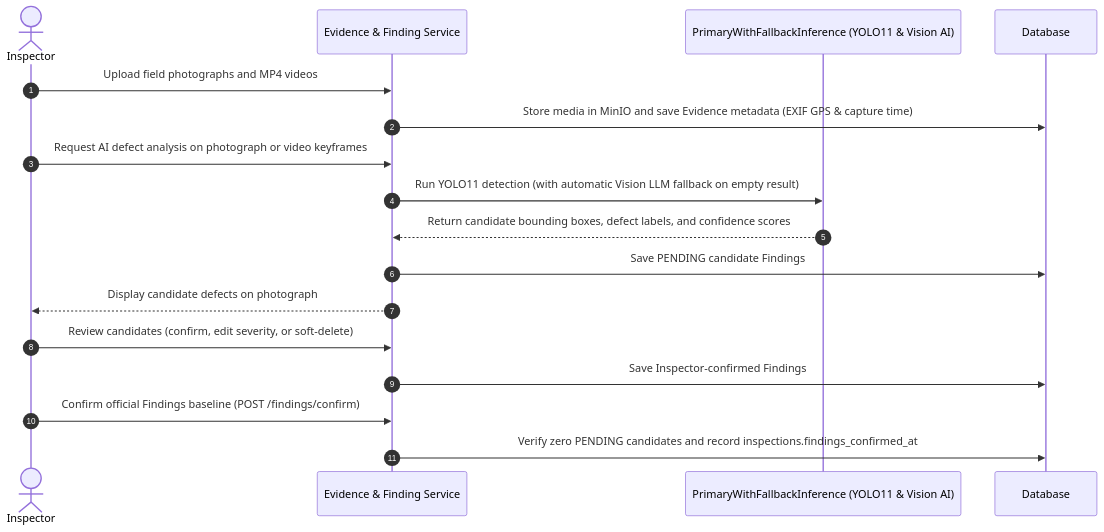
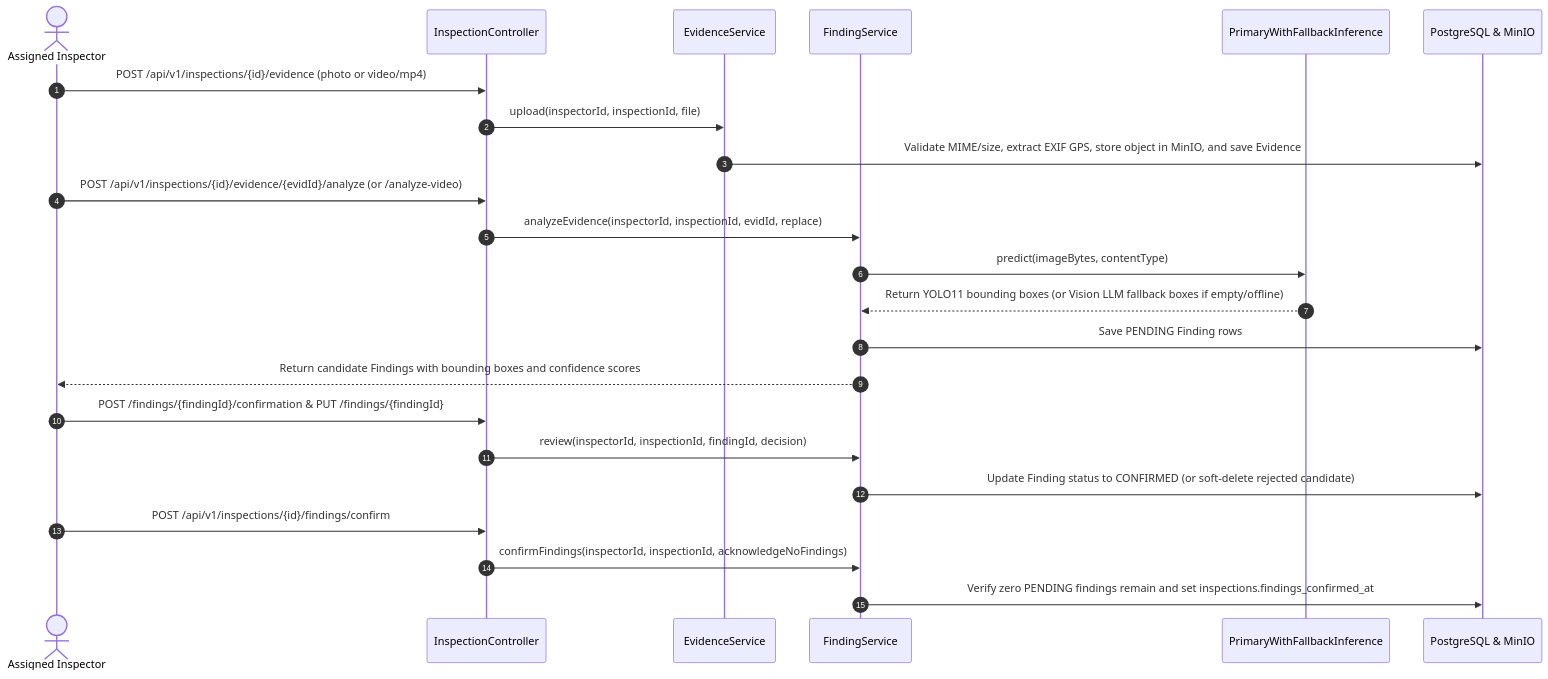
Diagram 18 of 26 in reports/report-4-software-design-document/03-detailed-design.md (tungbach12/SmartDroneInspection-Docs), drawn with Mermaid before and after one commit. The commit also changed other lines of this file and 94 other files, not shown here.

````diff
--- a/reports/report-4-software-design-document/03-detailed-design.md
+++ b/reports/report-4-software-design-document/03-detailed-design.md
@@ -746,24 +902,30 @@
 ```mermaid
-%% title: FE-06 Defect Detection and Finding Confirmation Sequence Diagram
+%% title: FE-06 Photo/Video Evidence Intake, YOLO11 Detection and Findings Confirmation Sequence Diagram
 sequenceDiagram
   autonumber
-  actor Insp as Inspector
-  participant Svc as Evidence & Finding Service
-  participant AI as PrimaryWithFallbackInference (YOLO11 & Vision AI)
-  participant DB as Database
+  actor Insp as Assigned Inspector
+  participant Ctrl as InspectionController
+  participant EvidSvc as EvidenceService
+  participant FindSvc as FindingService
+  participant AI as PrimaryWithFallbackInference
+  participant DB as PostgreSQL & MinIO
 
-  Insp->>Svc: Upload field photographs and MP4 videos
-  Svc->>DB: Store media in MinIO and save Evidence metadata (EXIF GPS & capture time)
+  Insp->>Ctrl: POST /api/v1/inspections/{id}/evidence (photo or video/mp4)
+  Ctrl->>EvidSvc: upload(inspectorId, inspectionId, file)
+  EvidSvc->>DB: Validate MIME/size, extract EXIF GPS, store object in MinIO, and save Evidence
 
-  Insp->>Svc: Request AI defect analysis on photograph or video keyframes
-  Svc->>AI: Run YOLO11 detection (with automatic Vision LLM fallback on empty result)
-  AI-->>Svc: Return candidate bounding boxes, defect labels, and confidence scores
-  Svc->>DB: Save PENDING candidate Findings
-  Svc-->>Insp: Display candidate defects on photograph
+  Insp->>Ctrl: POST /api/v1/inspections/{id}/evidence/{evidId}/analyze (or /analyze-video)
+  Ctrl->>FindSvc: analyzeEvidence(inspectorId, inspectionId, evidId, replace)
+  FindSvc->>AI: predict(imageBytes, contentType)
+  AI-->>FindSvc: Return YOLO11 bounding boxes (or Vision LLM fallback boxes if empty/offline)
+  FindSvc->>DB: Save PENDING Finding rows
+  FindSvc-->>Insp: Return candidate Findings with bounding boxes and confidence scores
 
-  Insp->>Svc: Review candidates (confirm, edit severity, or soft-delete)
-  Svc->>DB: Save Inspector-confirmed Findings
+  Insp->>Ctrl: POST /findings/{findingId}/confirmation & PUT /findings/{findingId}
+  Ctrl->>FindSvc: review(inspectorId, inspectionId, findingId, decision)
+  FindSvc->>DB: Update Finding status to CONFIRMED (or soft-delete rejected candidate)
 
-  Insp->>Svc: Confirm official Findings baseline (POST /findings/confirm)
-  Svc->>DB: Verify zero PENDING candidates and record inspections.findings_confirmed_at
+  Insp->>Ctrl: POST /api/v1/inspections/{id}/findings/confirm
+  Ctrl->>FindSvc: confirmFindings(inspectorId, inspectionId, acknowledgeNoFindings)
+  FindSvc->>DB: Verify zero PENDING findings remain and set inspections.findings_confirmed_at
 ```
````
